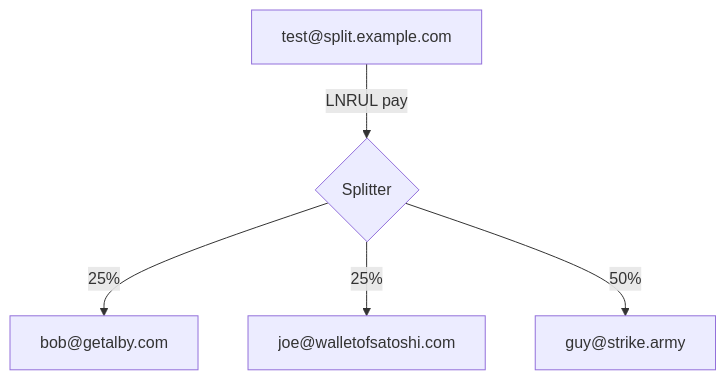
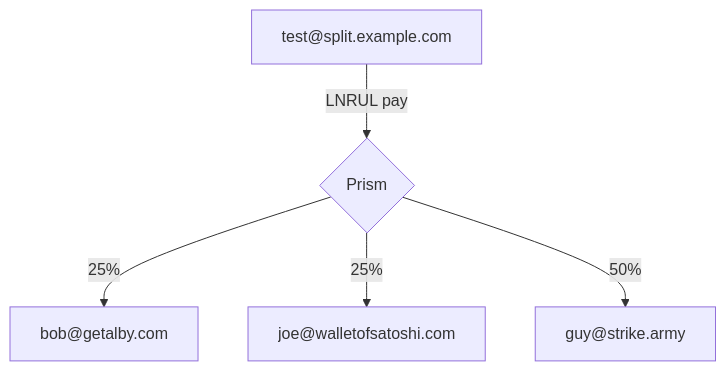
Before and after one commit to hzrd149/ln-prism: the diagram in README.md, drawn with Mermaid. The commit also changed other lines of this file and 17 other files, not shown here.

````diff
--- a/README.md
+++ b/README.md
@@ -5,7 +5,7 @@
 ```mermaid
 flowchart TD
-    A["test@split.example.com"] -->|LNRUL pay| C{Splitter}
+    A["test@split.example.com"] -->|LNRUL pay| C{Prism}
     C -->|25%| D["bob@getalby.com"]
     C -->|25%| E["joe@walletofsatoshi.com"]
     C -->|50%| F["guy@strike.army"]
 ```
````
